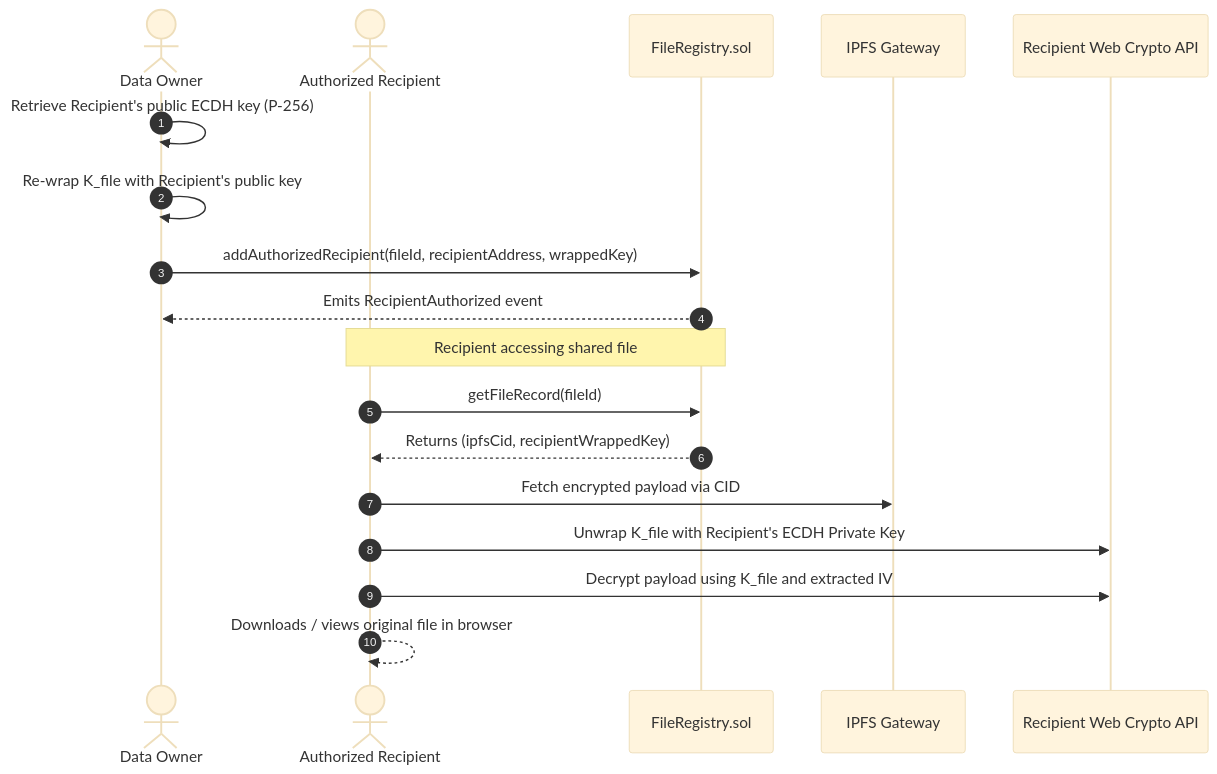
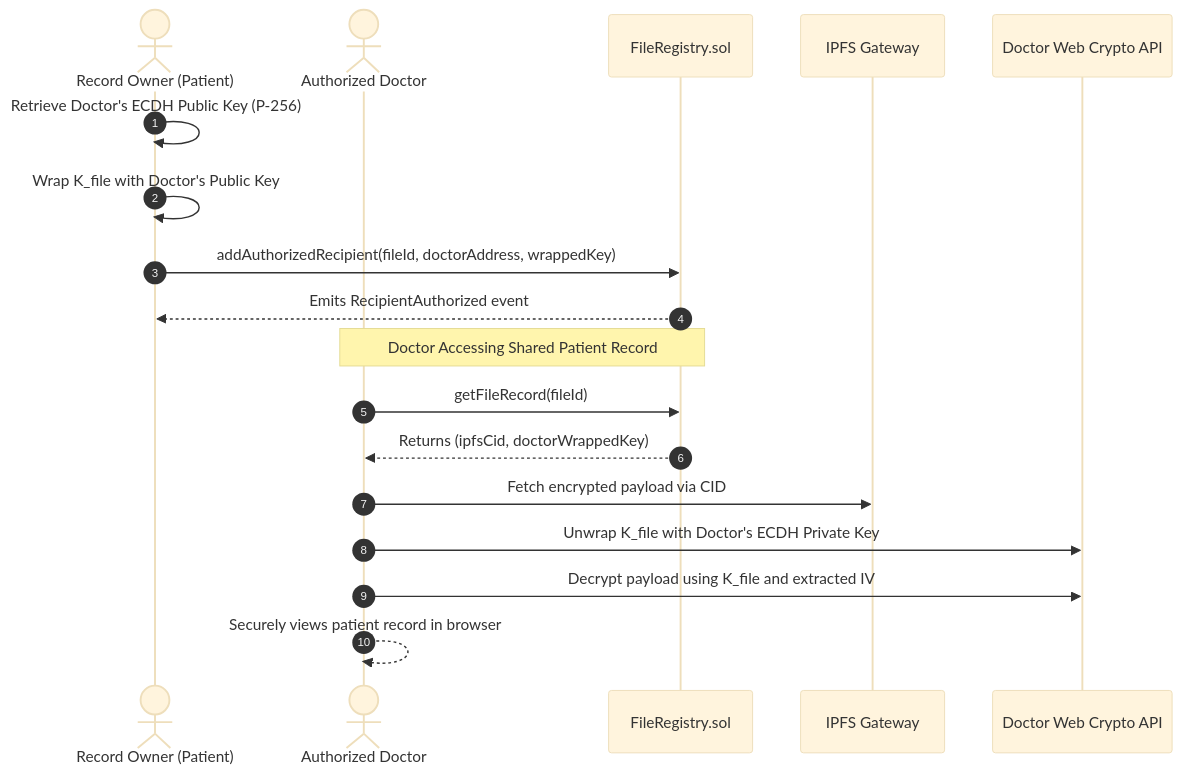
The second of 3 diagrams in README.md (Anmol4679/blockchain_project_vit), drawn with Mermaid (base theme) before and after one commit. The commit also changed other lines of this file and 5 other files, not shown here.

Commit message:
feat: enable wallet address pasting on login, automate on-chain role transactions in admin, and update docs with references

````diff
--- a/README.md
+++ b/README.md
@@ -73,22 +90,22 @@
 ```mermaid
 sequenceDiagram
     autonumber
-    actor Owner as Data Owner
-    actor Recipient as Authorized Recipient
+    actor Owner as Record Owner (Patient)
+    actor Doctor as Authorized Doctor
     participant Chain as FileRegistry.sol
     participant IPFS as IPFS Gateway
-    participant Crypto as Recipient Web Crypto API
+    participant Crypto as Doctor Web Crypto API
 
-    Owner->>Owner: Retrieve Recipient's public ECDH key (P-256)
-    Owner->>Owner: Re-wrap K_file with Recipient's public key
-    Owner->>Chain: addAuthorizedRecipient(fileId, recipientAddress, wrappedKey)
+    Owner->>Owner: Retrieve Doctor's ECDH Public Key (P-256)
+    Owner->>Owner: Wrap K_file with Doctor's Public Key
+    Owner->>Chain: addAuthorizedRecipient(fileId, doctorAddress, wrappedKey)
     Chain-->>Owner: Emits RecipientAuthorized event
     
-    Note over Recipient, Chain: Recipient accessing shared file
-    Recipient->>Chain: getFileRecord(fileId)
-    Chain-->>Recipient: Returns (ipfsCid, recipientWrappedKey)
-    Recipient->>IPFS: Fetch encrypted payload via CID
-    Recipient->>Crypto: Unwrap K_file with Recipient's ECDH Private Key
-    Recipient->>Crypto: Decrypt payload using K_file and extracted IV
-    Recipient-->>Recipient: Downloads / views original file in browser
+    Note over Doctor, Chain: Doctor Accessing Shared Patient Record
+    Doctor->>Chain: getFileRecord(fileId)
+    Chain-->>Doctor: Returns (ipfsCid, doctorWrappedKey)
+    Doctor->>IPFS: Fetch encrypted payload via CID
+    Doctor->>Crypto: Unwrap K_file with Doctor's ECDH Private Key
+    Doctor->>Crypto: Decrypt payload using K_file and extracted IV
+    Doctor-->>Doctor: Securely views patient record in browser
 ```
````
